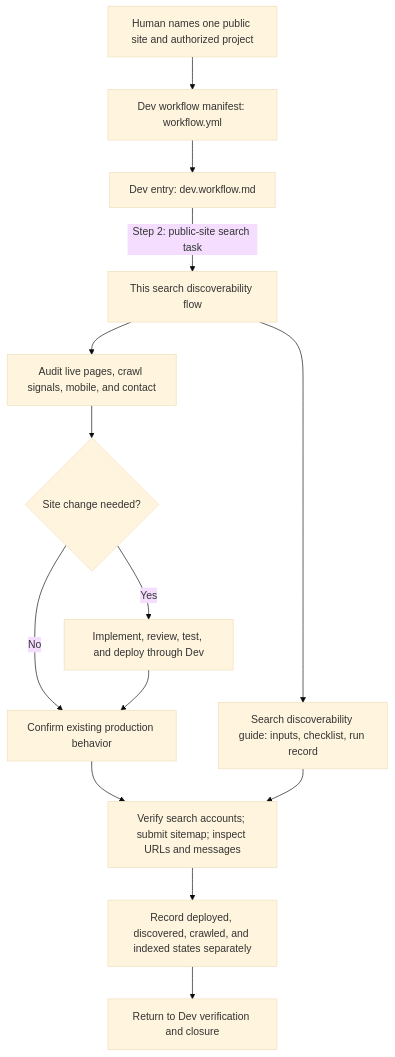
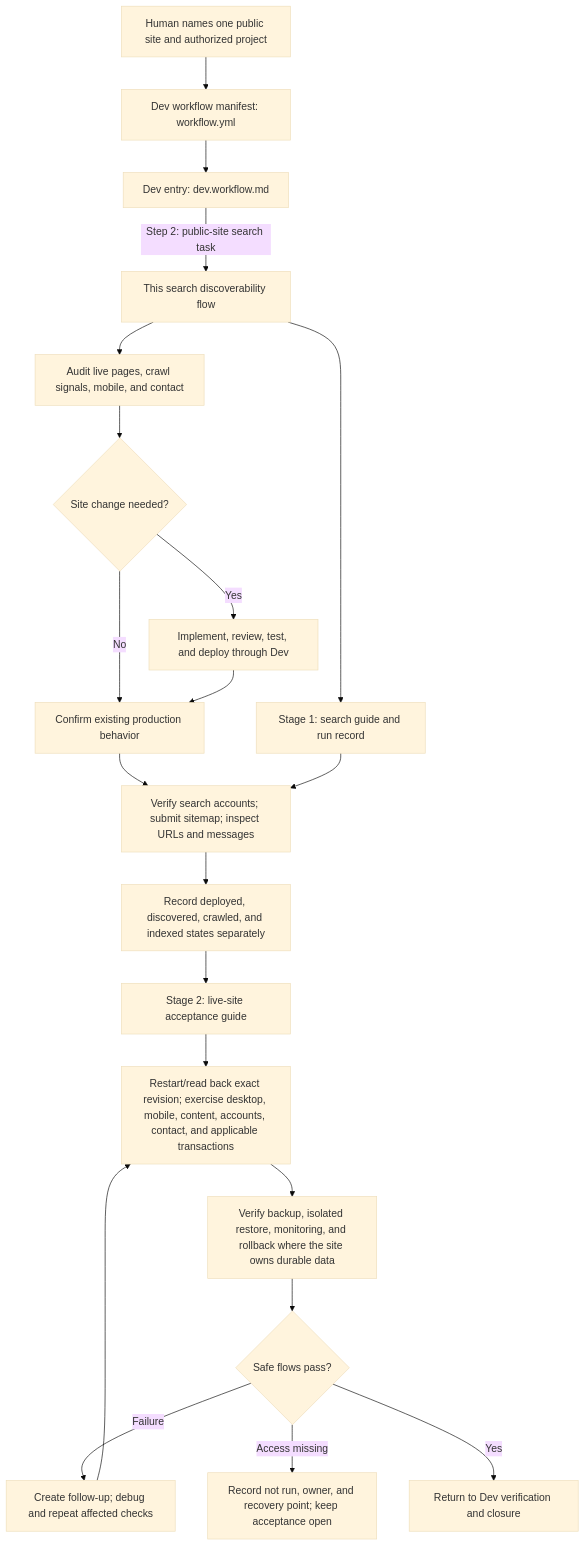
Before and after one commit to starodubtsevconsulting/ai-fleas: the diagram in ai-workflows/dev/flows/search-discoverability.flow.md, drawn with Mermaid (base theme). The commit also changed other lines of this file and 3 other files, not shown here.

Commit message:
dev: extend search flow through live-site acceptance

````diff
--- a/ai-workflows/dev/flows/search-discoverability.flow.md
+++ b/ai-workflows/dev/flows/search-discoverability.flow.md
@@ -11,16 +11,23 @@
 ```mermaid
 flowchart TD
     H[Human names one public site and authorized project] --> M[Dev workflow manifest: workflow.yml]
     M --> D[Dev entry: dev.workflow.md]
     D -->|Step 2: public-site search task| F[This search discoverability flow]
-    F --> G[Search discoverability guide: inputs, checklist, run record]
+    F --> G[Stage 1: search guide and run record]
     F --> B[Audit live pages, crawl signals, mobile, and contact]
     B --> C{Site change needed?}
     C -->|Yes| I[Implement, review, test, and deploy through Dev]
     C -->|No| L[Confirm existing production behavior]
     I --> L
     L --> S[Verify search accounts; submit sitemap; inspect URLs and messages]
     G --> S
     S --> R[Record deployed, discovered, crawled, and indexed states separately]
-    R --> X[Return to Dev verification and closure]
+    R --> A[Stage 2: live-site acceptance guide]
+    A --> V[Restart/read back exact revision; exercise desktop, mobile, content, accounts, contact, and applicable transactions]
+    V --> K[Verify backup, isolated restore, monitoring, and rollback where the site owns durable data]
+    K --> Q{Safe flows pass?}
+    Q -->|Failure| T[Create follow-up; debug and repeat affected checks]
+    T --> V
+    Q -->|Access missing| P[Record not run, owner, and recovery point; keep acceptance open]
+    Q -->|Yes| X[Return to Dev verification and closure]
 ```
````
